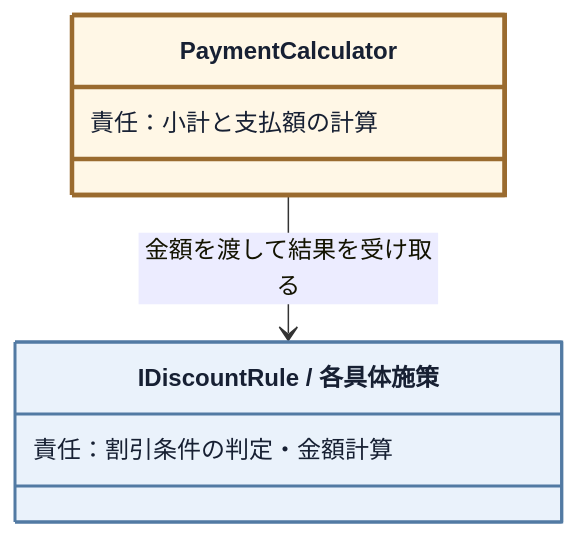
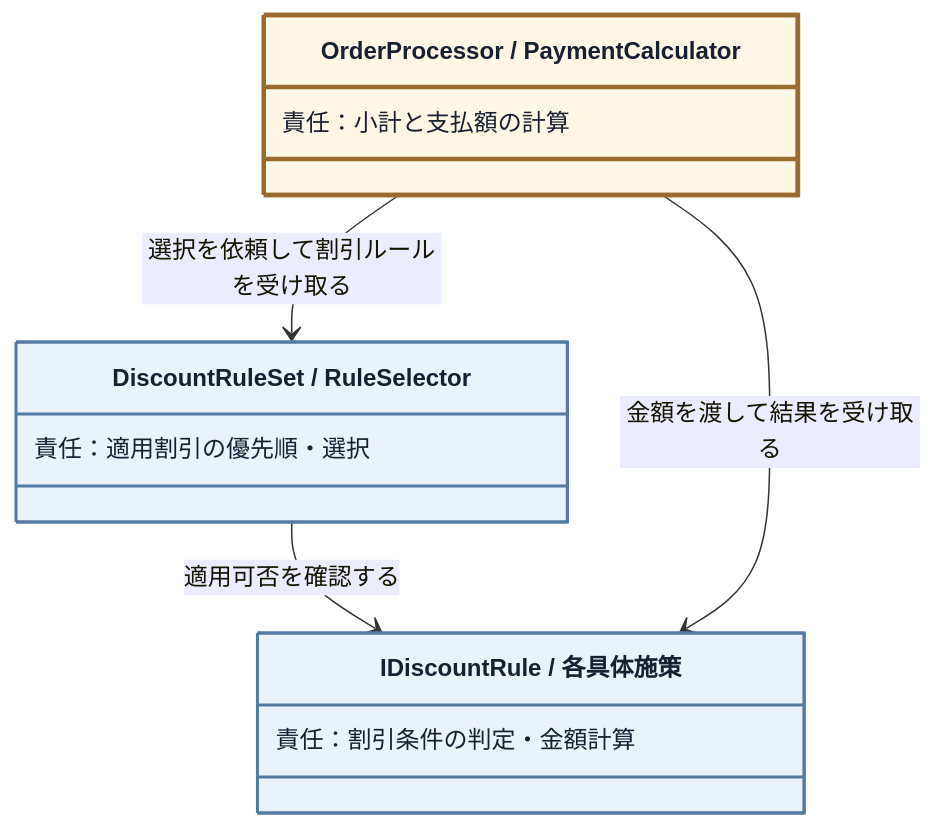
One commit to kumachan1101-pixel/DesignPattern changed the ninth of 18 diagrams in kindle/design-patterns/books/volume01-core-patterns/output/03-chapter01.md. Above: the diagram before and after it, drawn with Mermaid. The commit also changed other lines of this file and 6 other files, not shown here.

````diff
--- a/kindle/design-patterns/books/volume01-core-patterns/output/03-chapter01.md
+++ b/kindle/design-patterns/books/volume01-core-patterns/output/03-chapter01.md
@@ -1414,14 +1413,19 @@
 ```mermaid
 classDiagram
     direction TB
-    class OrderCalculation["PaymentCalculator"]:::current {
+    class OrderCalculation["OrderProcessor / PaymentCalculator"]:::current {
         責任：小計と支払額の計算
     }
     class PromotionPolicy["IDiscountRule / 各具体施策"]:::separated {
         責任：割引条件の判定・金額計算
     }
+    class ConflictPolicy["DiscountRuleSet / RuleSelector"]:::separated {
+        責任：適用割引の優先順・選択
+    }
+    OrderCalculation --> ConflictPolicy : 選択を依頼して割引ルールを受け取る
+    ConflictPolicy --> PromotionPolicy : 適用可否を確認する
     OrderCalculation --> PromotionPolicy : 金額を渡して結果を受け取る
 
     classDef separated fill:#eaf2fb,stroke:#527aa3,stroke-width:2px,color:#172033;
     classDef current fill:#fff7e6,stroke:#9a6b2f,stroke-width:3px,color:#172033;
 ```
````
